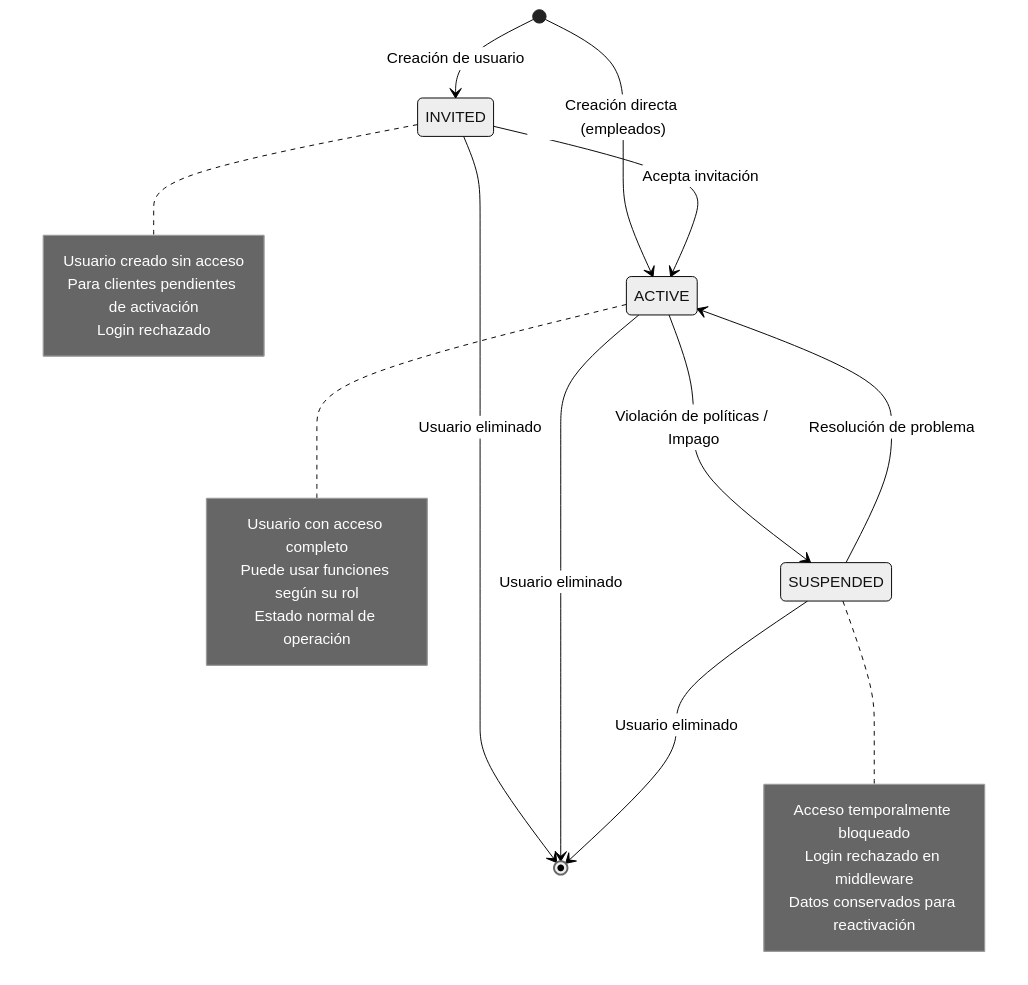
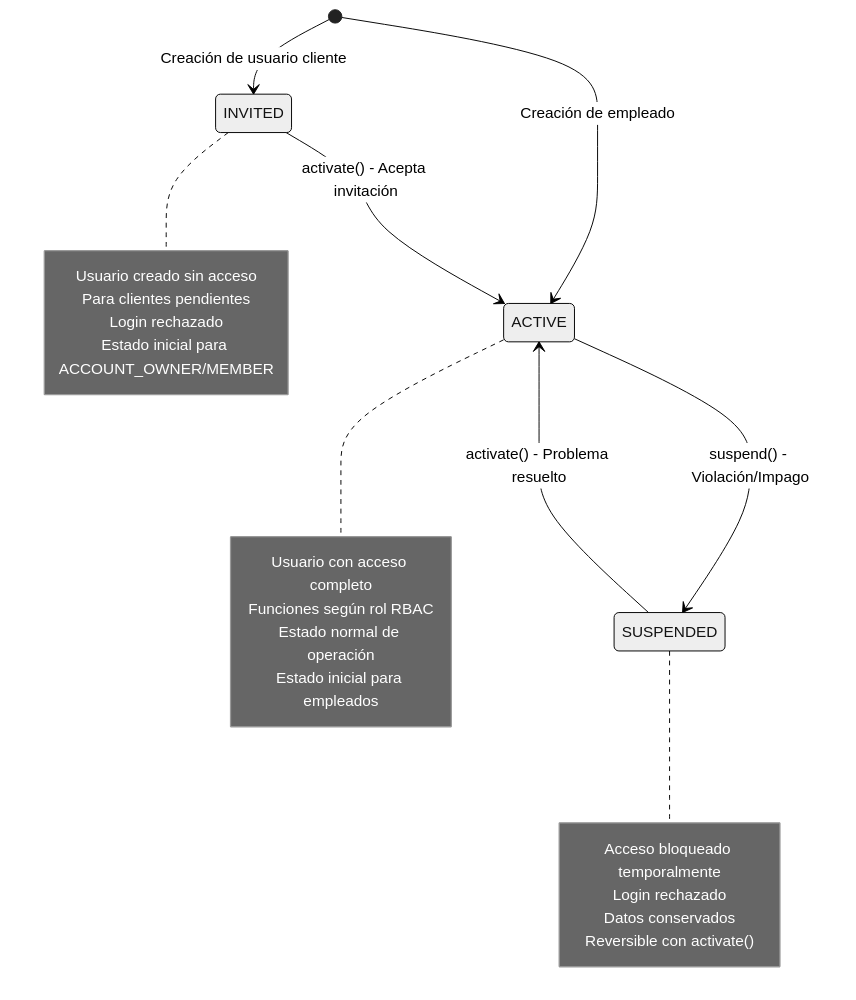
One commit to uancamilo/asistentelegal changed the second of 4 diagrams in README.md. Above: the diagram before and after it, drawn with Mermaid (neutral theme). The commit also changed other lines of this file, not shown here.

````diff
--- a/README.md
+++ b/README.md
@@ -213,32 +221,30 @@
 ```mermaid
 stateDiagram-v2
-    [*] --> INVITED : Creación de usuario
-    [*] --> ACTIVE : Creación directa (empleados)
+    [*] --> INVITED : Creación de usuario cliente
+    [*] --> ACTIVE : Creación de empleado
 
-    INVITED --> ACTIVE : Acepta invitación
-    INVITED --> [*] : Usuario eliminado
-
-    ACTIVE --> SUSPENDED : Violación de políticas / Impago
-    ACTIVE --> [*] : Usuario eliminado
-
-    SUSPENDED --> ACTIVE : Resolución de problema
-    SUSPENDED --> [*] : Usuario eliminado
+    INVITED --> ACTIVE : activate() - Acepta invitación
+    ACTIVE --> SUSPENDED : suspend() - Violación/Impago
+    SUSPENDED --> ACTIVE : activate() - Problema resuelto
 
     note right of INVITED
         Usuario creado sin acceso
-        Para clientes pendientes de activación
+        Para clientes pendientes
         Login rechazado
+        Estado inicial para ACCOUNT_OWNER/MEMBER
     end note
 
     note right of ACTIVE
         Usuario con acceso completo
-        Puede usar funciones según su rol
+        Funciones según rol RBAC
         Estado normal de operación
+        Estado inicial para empleados
     end note
 
     note right of SUSPENDED
-        Acceso temporalmente bloqueado
-        Login rechazado en middleware
-        Datos conservados para reactivación
+        Acceso bloqueado temporalmente
+        Login rechazado
+        Datos conservados
+        Reversible con activate()
     end note
 ```
````
